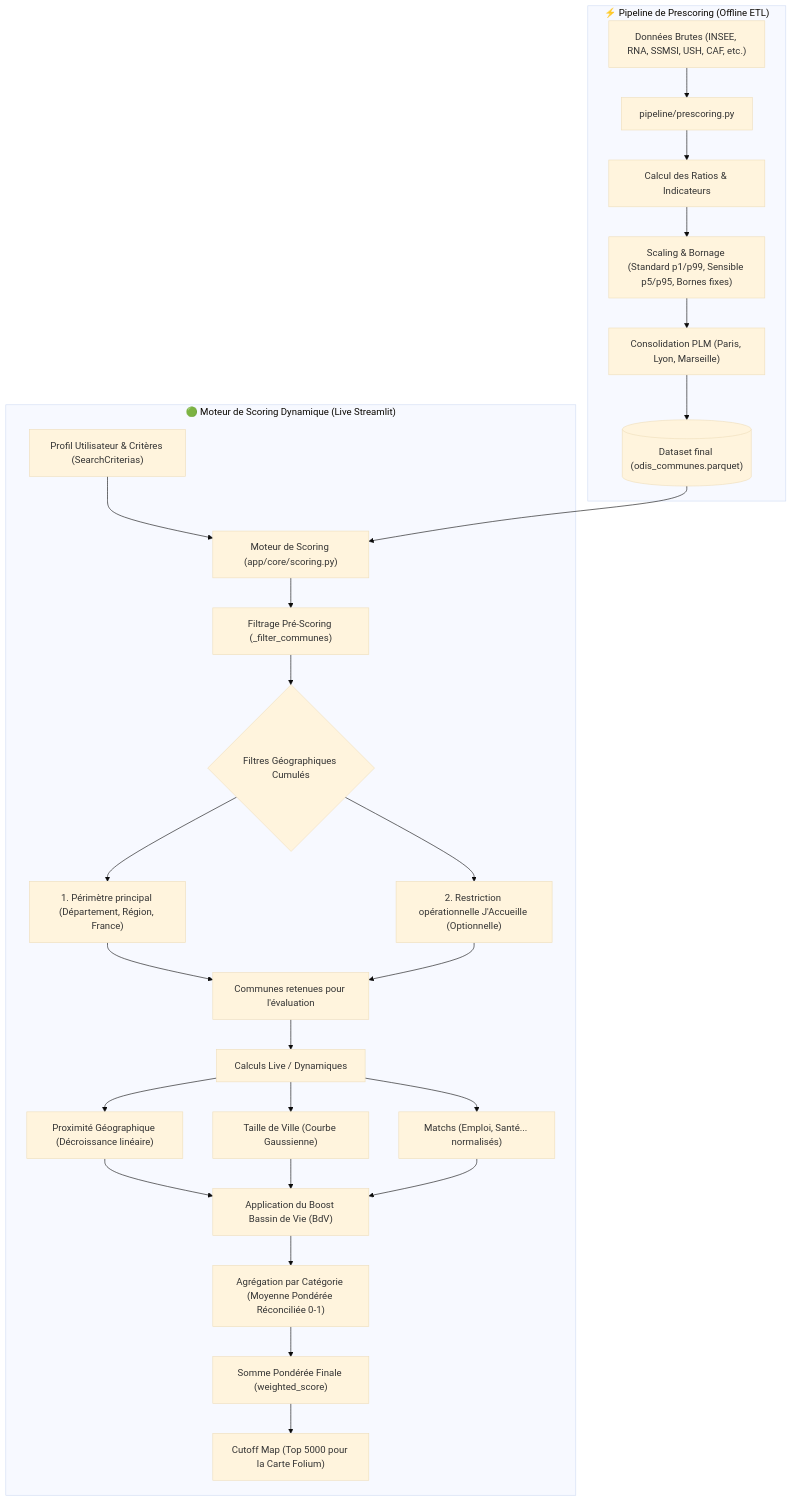
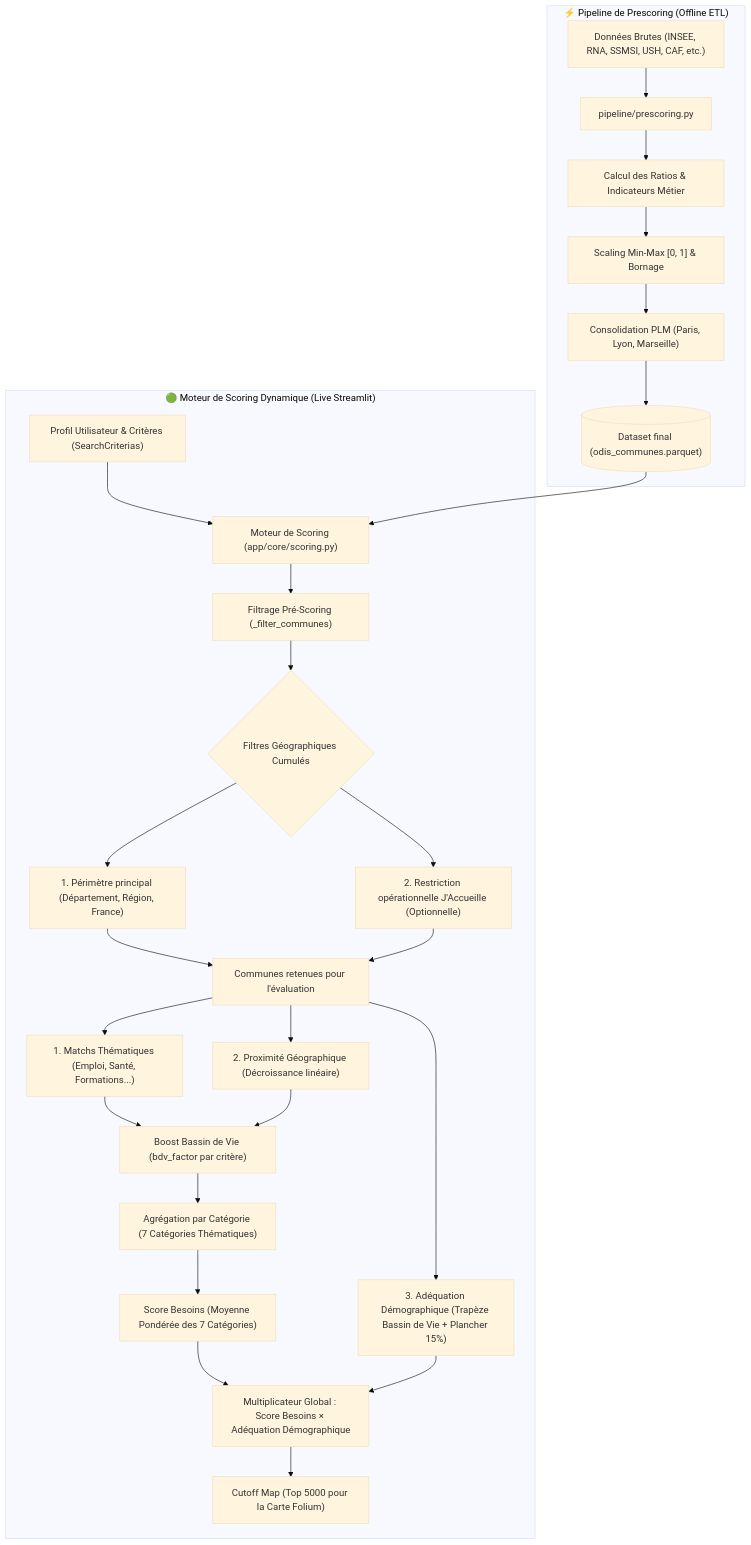
The diagram in SCORING.md (jbesan/13_odis_stream2), drawn with Mermaid (base theme) before and after one commit. The commit also changed other lines of this file and 27 other files, not shown here.

````diff
--- a/SCORING.md
+++ b/SCORING.md
@@ -15,43 +17,43 @@
 ```mermaid
 graph TD
     %% Offline Pipeline (Pre-scoring)
     subgraph Offline ["⚡ Pipeline de Prescoring (Offline ETL)"]
         A["Données Brutes (INSEE, RNA, SSMSI, USH, CAF, etc.)"] --> B["pipeline/prescoring.py"]
-        B --> C["Calcul des Ratios & Indicateurs"]
-        C --> D["Scaling & Bornage (Standard p1/p99, Sensible p5/p95, Bornes fixes)"]
+        B --> C["Calcul des Ratios & Indicateurs Métier"]
+        C --> D["Scaling Min-Max [0, 1] & Bornage"]
         D --> E["Consolidation PLM (Paris, Lyon, Marseille)"]
         E --> F[("Dataset final (odis_communes.parquet)")]
     end
 
     %% Online Engine (Live-scoring)
     subgraph Online ["🟢 Moteur de Scoring Dynamique (Live Streamlit)"]
         G["Profil Utilisateur & Critères (SearchCriterias)"] --> H["Moteur de Scoring (app/core/scoring.py)"]
         F --> H
         
         %% Filtering
         H --> H1["Filtrage Pré-Scoring (_filter_communes)"]
         H1 --> H2{"Filtres Géographiques Cumulés"}
         
         %% Geographic filters
         H2 --> H2a["1. Périmètre principal (Département, Région, France)"]
         H2 --> H2b["2. Restriction opérationnelle J'Accueille (Optionnelle)"]
         
         H2a & H2b --> H3["Communes retenues pour l'évaluation"]
         
         %% Dynamic Calculations
-        H3 --> I["Calculs Live / Dynamiques"]
-        I --> I3["Matchs (Emploi, Santé... normalisés)"]
-        I --> I1["Proximité Géographique (Décroissance linéaire)"]
-        I --> I2["Taille de Ville (Courbe Gaussienne)"]
+        H3 --> I1["1. Matchs Thématiques (Emploi, Santé, Formations...)"]
+        H3 --> I2["2. Proximité Géographique (Décroissance linéaire)"]
+        H3 --> I3["3. Adéquation Démographique (Trapèze Bassin de Vie + Plancher 15%)"]
         
-        %% BdV Boost
-        I1 & I2 & I3 --> J["Application du Boost Bassin de Vie (BdV)"]
+        %% BdV Boost on domain criteria
+        I1 & I2 --> J["Boost Bassin de Vie (bdv_factor par critère)"]
         
-        %% Category aggregation & global weighted index
-        J --> K["Agrégation par Catégorie (Moyenne Pondérée Réconciliée 0-1)"]
+        %% Category aggregation
+        J --> K["Agrégation par Catégorie (7 Catégories Thématiques)"]
+        K --> L["Score Besoins (Moyenne Pondérée des 7 Catégories)"]
         
-        %% Weighted Sum & Map limit
-        K --> L["Somme Pondérée Finale (weighted_score)"]
-        L --> M["Cutoff Map (Top 5000 pour la Carte Folium)"]
+        %% Global Multiplier
+        L & I3 --> M["Multiplicateur Global : Score Besoins × Adéquation Démographique"]
+        M --> N["Cutoff Map (Top 5000 pour la Carte Folium)"]
     end
 ```
````
